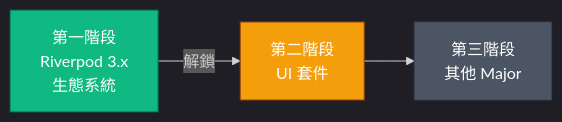
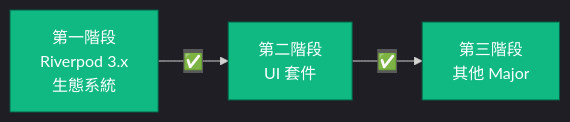
The diagram in docs/PENDING_UPGRADES.md (Neal75418/afterclose), drawn with Mermaid before and after one commit. The commit also changed other lines of this file and 4 other files, not shown here.

````diff
--- a/docs/PENDING_UPGRADES.md
+++ b/docs/PENDING_UPGRADES.md
@@ -11,13 +11,13 @@
 ```mermaid
 %%{init: {'theme': 'dark'}}%%
 flowchart LR
     S1["第一階段\nRiverpod 3.x\n生態系統"]
     S2["第二階段\nUI 套件"]
     S3["第三階段\n其他 Major"]
 
-    S1 -->|解鎖| S2 --> S3
+    S1 -->|✅| S2 -->|✅| S3
 
     style S1 fill:#10B981,stroke:#065F46,color:#fff
-    style S2 fill:#F59E0B,stroke:#92400E,color:#fff
-    style S3 fill:#4B5563,color:#fff,stroke:#374151
+    style S2 fill:#10B981,stroke:#065F46,color:#fff
+    style S3 fill:#10B981,stroke:#065F46,color:#fff
 ```
````
